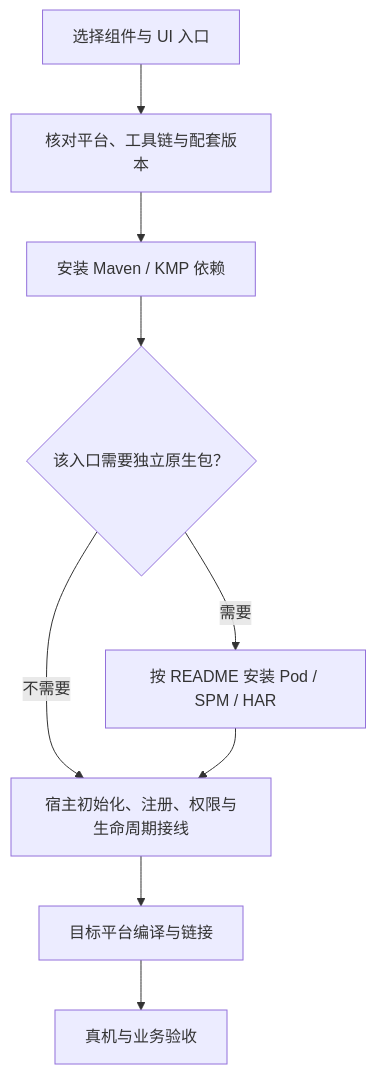
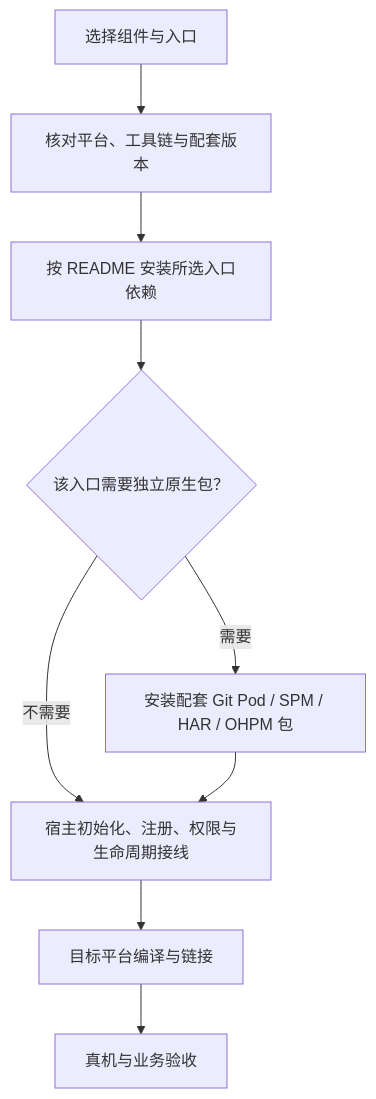
Before and after one commit to gycrosskit/.github: the second of 2 diagrams in profile/README.md, drawn with Mermaid. The commit also changed other lines of this file and 8 other files, not shown here.

````diff
--- a/profile/README.md
+++ b/profile/README.md
@@ -27,11 +22,11 @@
 ```mermaid
 flowchart TB
-    Choose["选择组件与 UI 入口"] --> Matrix["核对平台、工具链与配套版本"]
-    Matrix --> Maven["安装 Maven / KMP 依赖"]
-    Maven --> Native{"该入口需要独立原生包？"}
-    Native -->|"需要"| Package["按 README 安装 Pod / SPM / HAR"]
+    Choose["选择组件与入口"] --> Matrix["核对平台、工具链与配套版本"]
+    Matrix --> Install["按 README 安装所选入口依赖"]
+    Install --> Native{"该入口需要独立原生包？"}
+    Native -->|"需要"| Package["安装配套 Git Pod / SPM / HAR / OHPM 包"]
     Native -->|"不需要"| Wire["宿主初始化、注册、权限与生命周期接线"]
     Package --> Wire
     Wire --> Build["目标平台编译与链接"]
     Build --> Device["真机与业务验收"]
 ```
````
